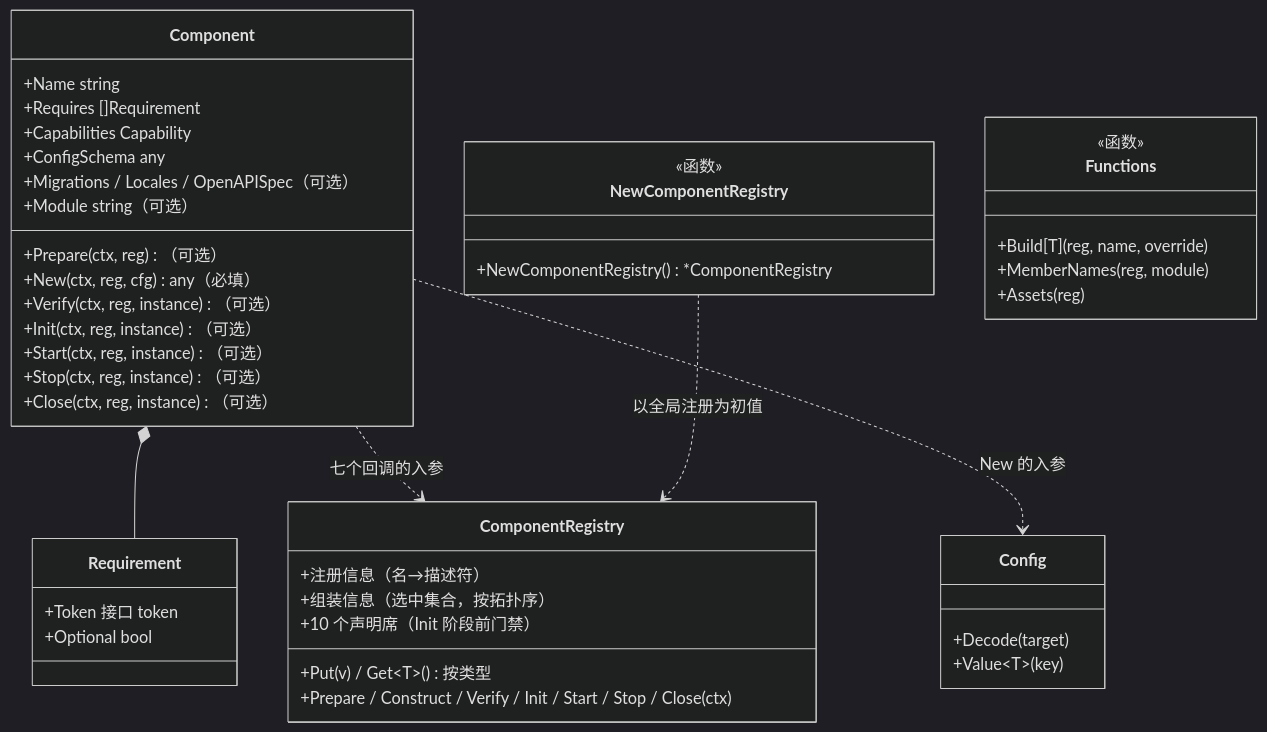
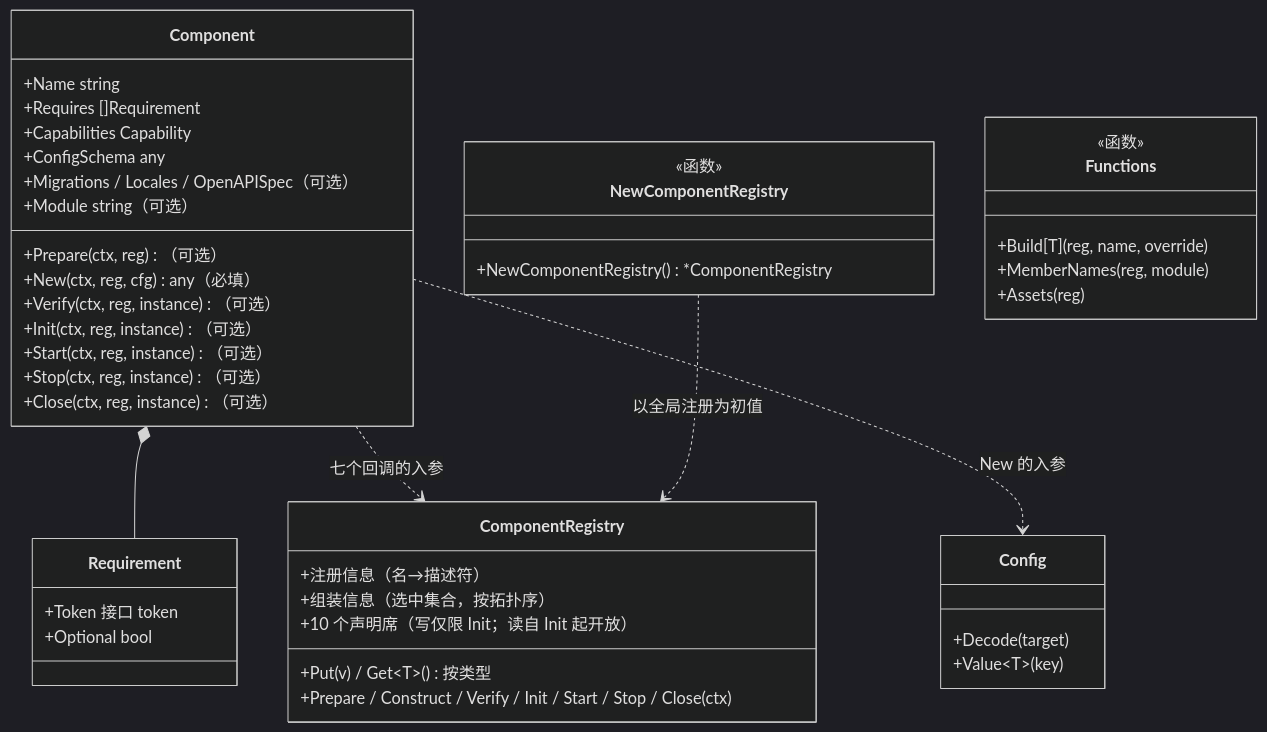
The second of 6 diagrams in docs/internal/29-config-driven-component-assembly.md (vislake/speed), drawn with Mermaid (dark theme) before and after one commit. The commit also changed other lines of this file, not shown here.

First line of the commit message:
docs(internal): fold the app face into init and split the seat gate

````diff
--- a/docs/internal/29-config-driven-component-assembly.md
+++ b/docs/internal/29-config-driven-component-assembly.md
@@ -187,48 +189,48 @@
 ```mermaid
 classDiagram
     class Component {
         +Name string
         +Prepare(ctx, reg)（可选）
         +New(ctx, reg, cfg) any（必填）
         +Verify(ctx, reg, instance)（可选）
         +Init(ctx, reg, instance)（可选）
         +Start(ctx, reg, instance)（可选）
         +Stop(ctx, reg, instance)（可选）
         +Close(ctx, reg, instance)（可选）
         +Requires []Requirement
         +Capabilities Capability
         +ConfigSchema any
         +Migrations / Locales / OpenAPISpec（可选）
         +Module string（可选）
     }
     class Requirement {
         +Token 接口 token
         +Optional bool
     }
     class ComponentRegistry {
         +注册信息（名→描述符）
         +组装信息（选中集合，按拓扑序）
         +Put(v) / Get~T~() 按类型
-        +10 个声明席（Init 阶段前门禁）
+        +10 个声明席（写仅限 Init；读自 Init 起开放）
         +Prepare / Construct / Verify / Init / Start / Stop / Close(ctx)
     }
     class Config {
         +Decode(target)
         +Value~T~(key)
     }
     class NewComponentRegistry {
         <<函数>>
         +NewComponentRegistry() *ComponentRegistry
     }
     class Functions {
         <<函数>>
         +Build[T](reg, name, override)
         +MemberNames(reg, module)
         +Assets(reg)
     }
 
     Component *-- Requirement
     Component ..> ComponentRegistry : 七个回调的入参
     Component ..> Config : New 的入参
     NewComponentRegistry ..> ComponentRegistry : 以全局注册为初值
 ```
````
